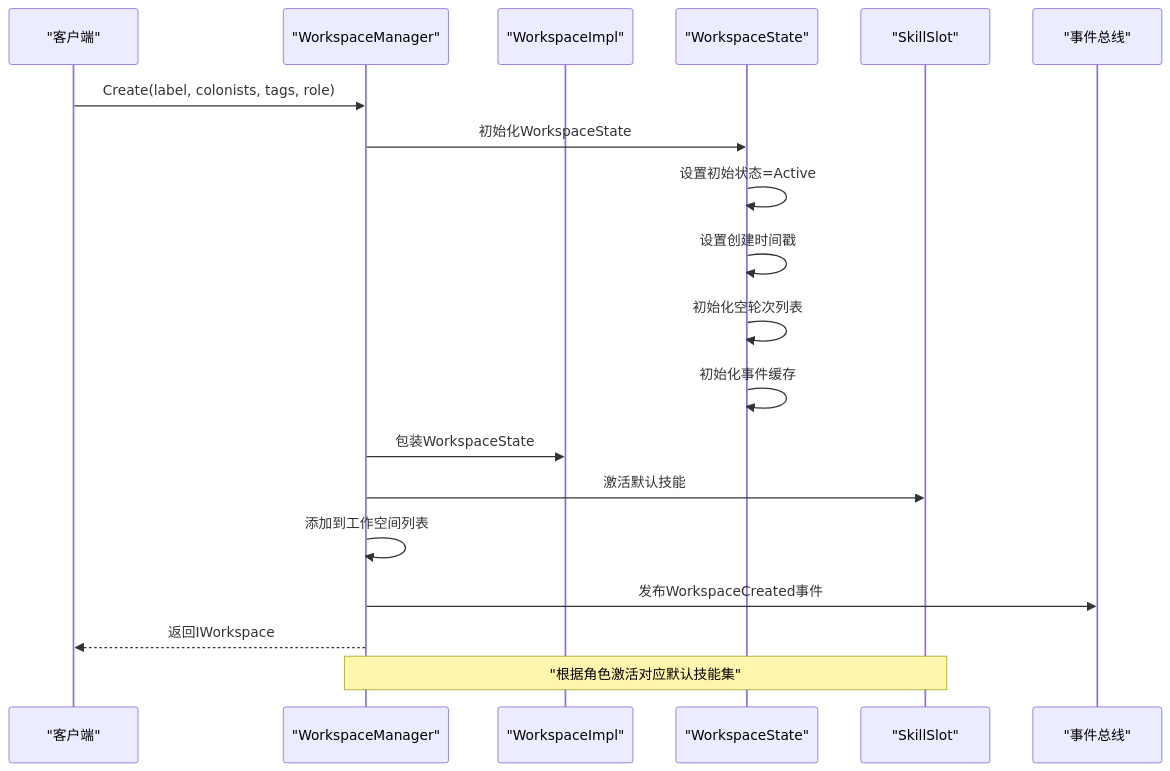
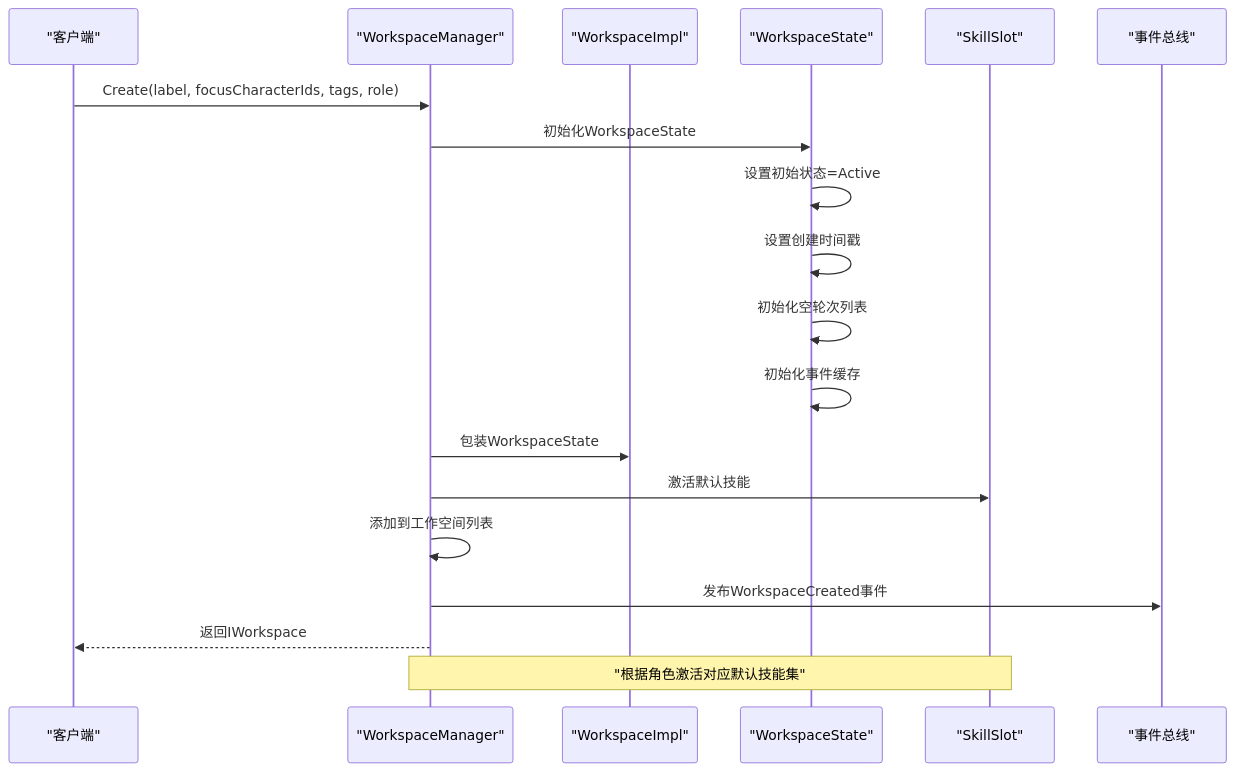
One commit to suzvka/NPCLife changed the fourth of 11 diagrams in .qoder/repowiki/zh/content/工作空间管理系统/工作空间生命周期管理.md. Above: the diagram before and after it, drawn with Mermaid. The commit also changed other lines of this file and 25 other files, not shown here.

````diff
--- a/.qoder/repowiki/zh/content/工作空间管理系统/工作空间生命周期管理.md
+++ b/.qoder/repowiki/zh/content/工作空间管理系统/工作空间生命周期管理.md
@@ -162,21 +176,21 @@
 ```mermaid
 sequenceDiagram
 participant Client as "客户端"
 participant Manager as "WorkspaceManager"
 participant Impl as "WorkspaceImpl"
 participant State as "WorkspaceState"
 participant SkillSlot as "SkillSlot"
 participant EventBus as "事件总线"
-Client->>Manager : Create(label, colonists, tags, role)
+Client->>Manager : Create(label, focusCharacterIds, tags, role)
 Manager->>State : 初始化WorkspaceState
 State->>State : 设置初始状态=Active
 State->>State : 设置创建时间戳
 State->>State : 初始化空轮次列表
 State->>State : 初始化事件缓存
 Manager->>Impl : 包装WorkspaceState
 Manager->>SkillSlot : 激活默认技能
 Manager->>Manager : 添加到工作空间列表
 Manager->>EventBus : 发布WorkspaceCreated事件
 Manager-->>Client : 返回IWorkspace
 Note over Manager,SkillSlot : "根据角色激活对应默认技能集"
 ```
````
